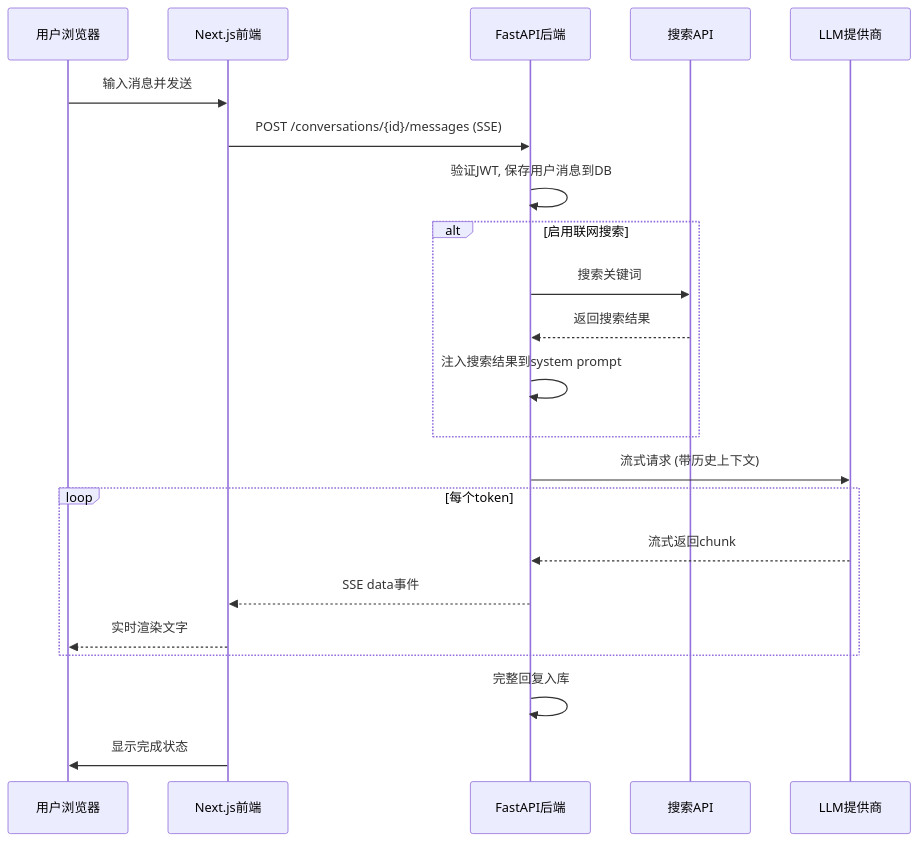
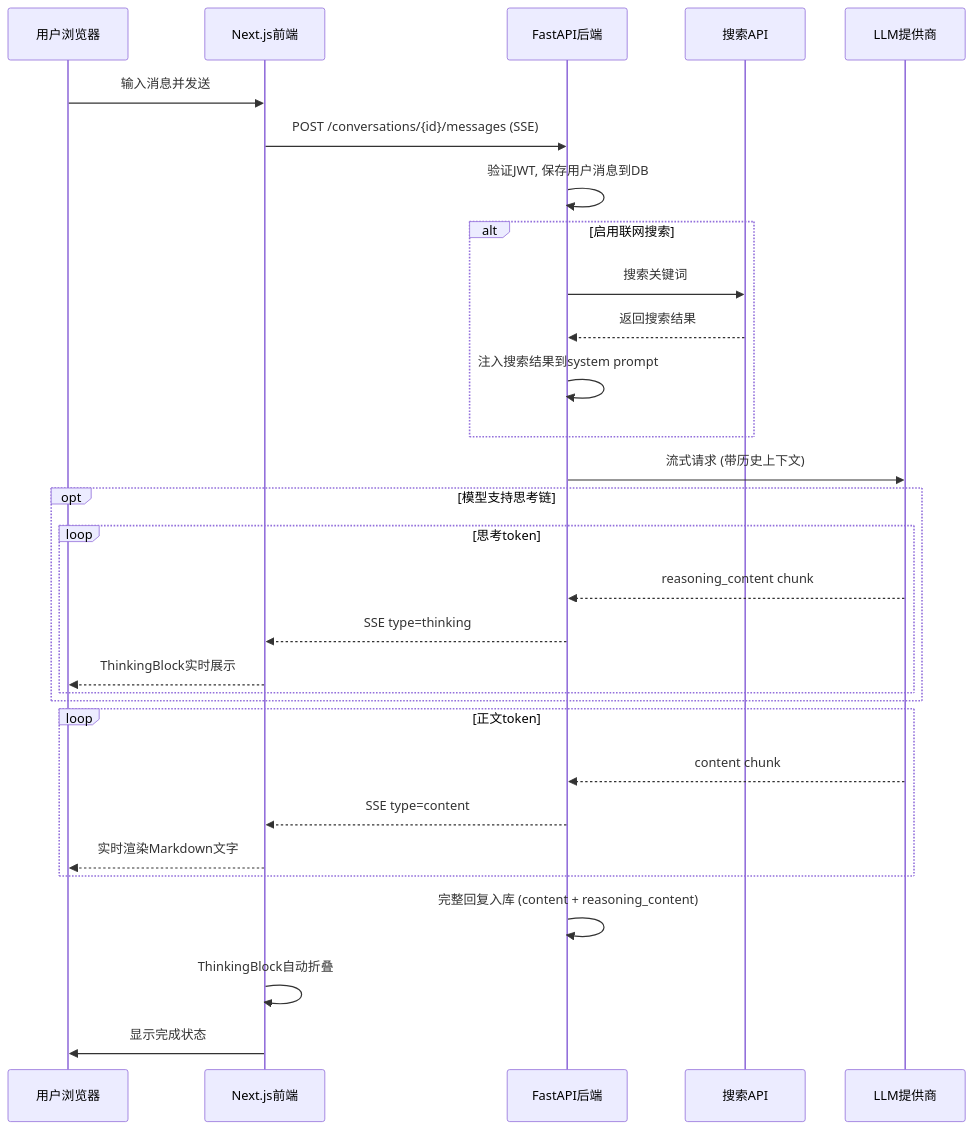
The second of 3 diagrams in .cursor/plans/chatbot_对话系统规划_f8d206bc.plan.md (fanly93/chat_bot), drawn with Mermaid before and after one commit. The commit also changed other lines of this file and 33 other files, not shown here.

````diff
--- a/.cursor/plans/chatbot_对话系统规划_f8d206bc.plan.md
+++ b/.cursor/plans/chatbot_对话系统规划_f8d206bc.plan.md
@@ -443,28 +542,38 @@
 ```mermaid
 sequenceDiagram
     participant User as 用户浏览器
     participant FE as Next.js前端
     participant BE as FastAPI后端
     participant Search as 搜索API
     participant LLM as LLM提供商
 
     User->>FE: 输入消息并发送
     FE->>BE: POST /conversations/{id}/messages (SSE)
     BE->>BE: 验证JWT, 保存用户消息到DB
 
     alt 启用联网搜索
         BE->>Search: 搜索关键词
         Search-->>BE: 返回搜索结果
         BE->>BE: 注入搜索结果到system prompt
     end
 
     BE->>LLM: 流式请求 (带历史上下文)
-    loop 每个token
-        LLM-->>BE: 流式返回chunk
-        BE-->>FE: SSE data事件
-        FE-->>User: 实时渲染文字
+
+    opt 模型支持思考链
+        loop 思考token
+            LLM-->>BE: reasoning_content chunk
+            BE-->>FE: SSE type=thinking
+            FE-->>User: ThinkingBlock实时展示
+        end
     end
 
-    BE->>BE: 完整回复入库
+    loop 正文token
+        LLM-->>BE: content chunk
+        BE-->>FE: SSE type=content
+        FE-->>User: 实时渲染Markdown文字
+    end
+
+    BE->>BE: 完整回复入库 (content + reasoning_content)
+    FE->>FE: ThinkingBlock自动折叠
     FE->>User: 显示完成状态
 ```
````
